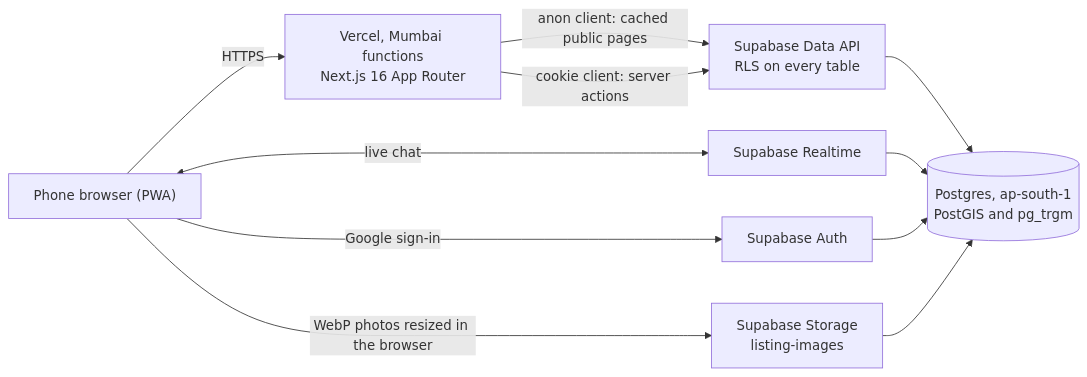
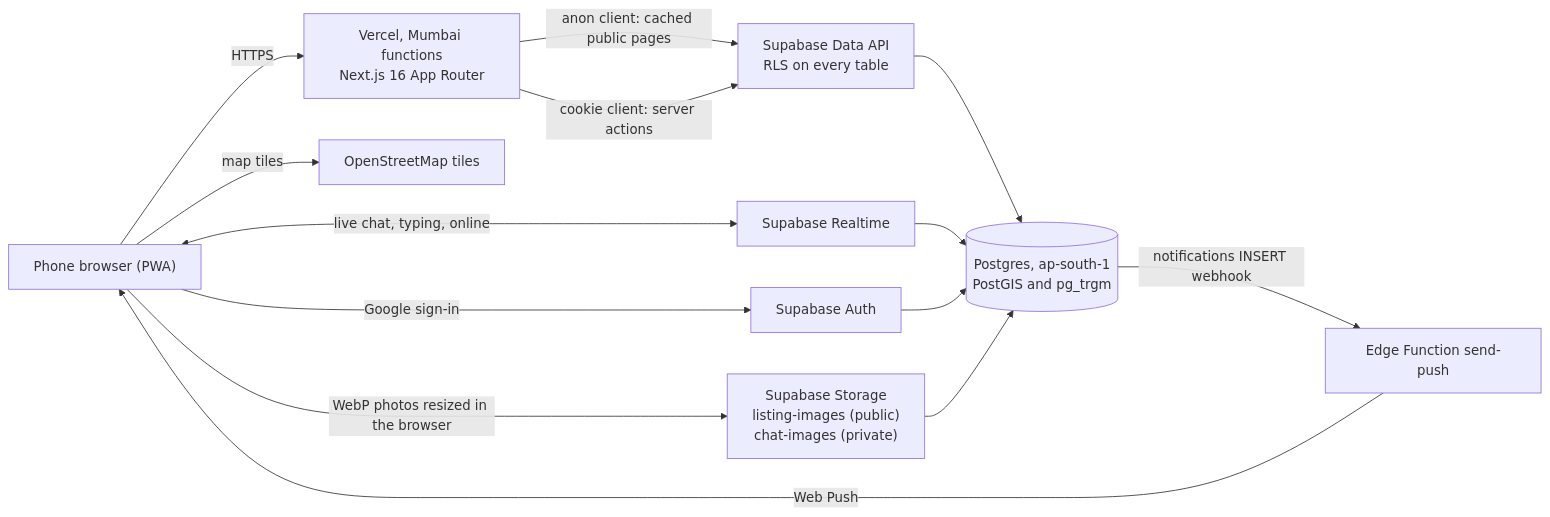
One commit to kandulanikhilvarma/chowk changed the first of 7 diagrams in README.md. Above: the diagram before and after it, drawn with Mermaid. The commit also changed other lines of this file and 58 other files, not shown here.

First line of the commit message:
feat: release 2 search, ad page, chat photos and ops

````diff
--- a/README.md
+++ b/README.md
@@ -85,13 +126,16 @@
 ```mermaid
 flowchart LR
   U["Phone browser (PWA)"] -->|HTTPS| V["Vercel, Mumbai functions<br/>Next.js 16 App Router"]
   V -->|"anon client: cached public pages"| API["Supabase Data API<br/>RLS on every table"]
   V -->|"cookie client: server actions"| API
   U -->|"Google sign-in"| AUTH["Supabase Auth"]
-  U -->|"WebP photos resized in the browser"| ST["Supabase Storage<br/>listing-images"]
-  U <-->|"live chat"| RT["Supabase Realtime"]
+  U -->|"WebP photos resized in the browser"| ST["Supabase Storage<br/>listing-images (public)<br/>chat-images (private)"]
+  U <-->|"live chat, typing, online"| RT["Supabase Realtime"]
+  U -->|"map tiles"| OSM["OpenStreetMap tiles"]
   API --> DB[("Postgres, ap-south-1<br/>PostGIS and pg_trgm")]
   RT --> DB
   AUTH --> DB
   ST --> DB
+  DB -->|"notifications INSERT webhook"| EF["Edge Function send-push"]
+  EF -->|"Web Push"| U
 ```
````
